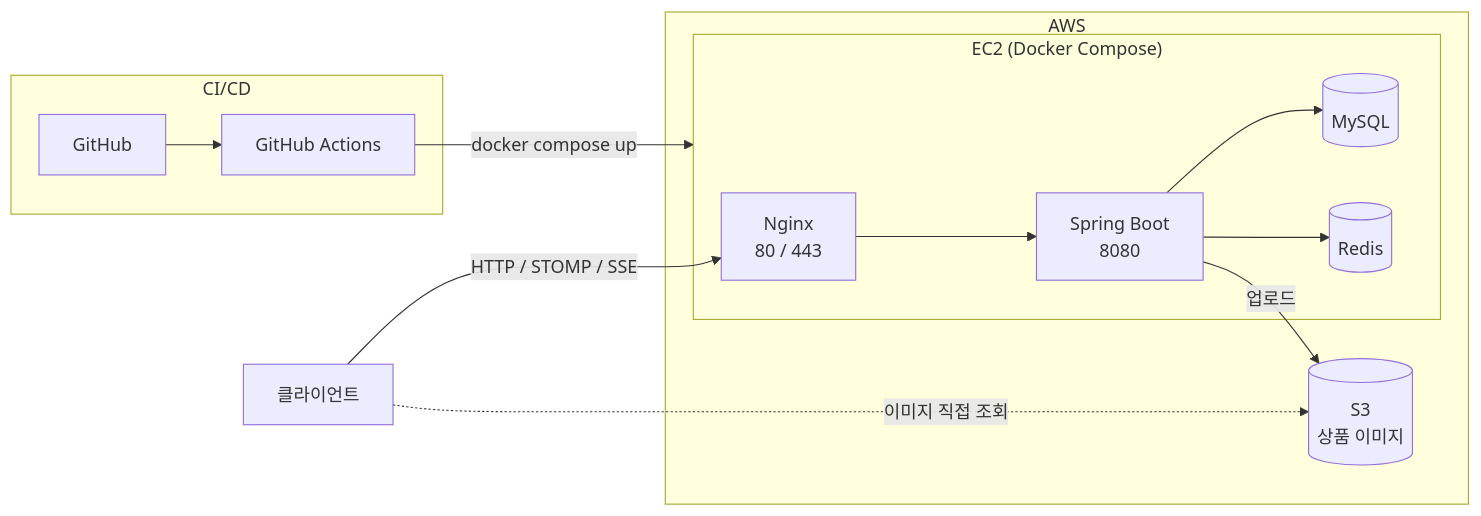
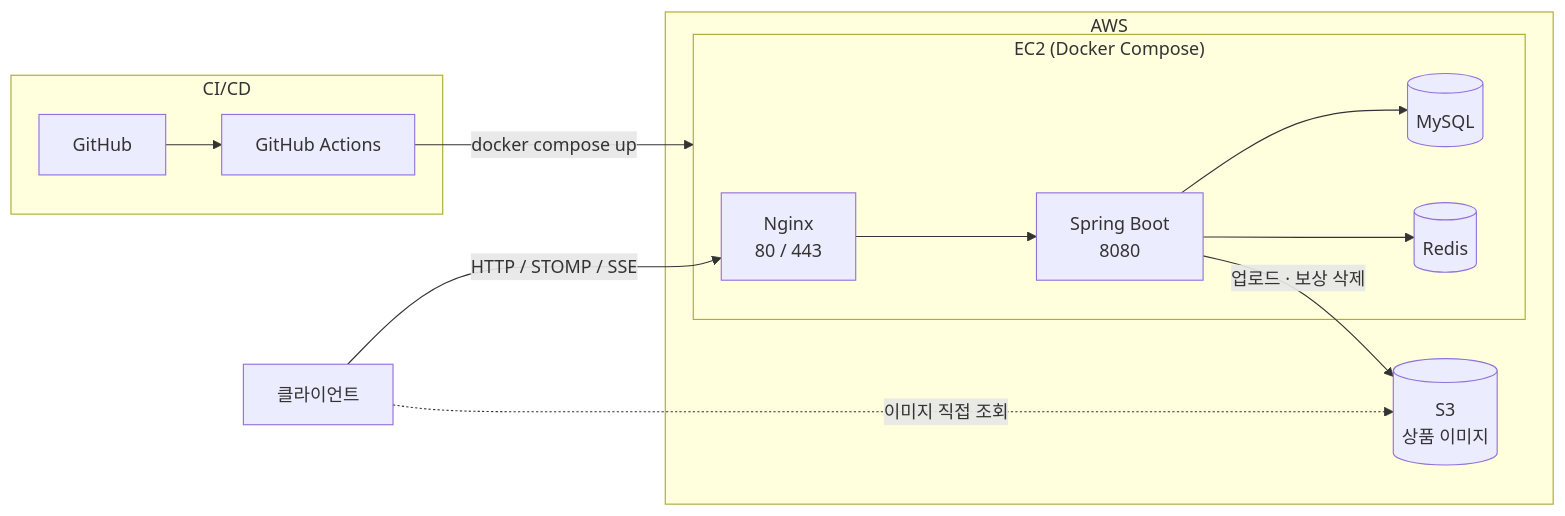
The first of 5 diagrams in README.md (f-lab-edu/TTUK), drawn with Mermaid before and after one commit. The commit also changed other lines of this file, not shown here.

````diff
--- a/README.md
+++ b/README.md
@@ -74,25 +182,25 @@
 ```mermaid
 flowchart LR
     U[클라이언트]
 
     subgraph AWS["AWS"]
         subgraph EC2["EC2 (Docker Compose)"]
             N[Nginx<br/>80 / 443]
             S[Spring Boot<br/>8080]
             M[(MySQL)]
             R[(Redis)]
         end
         S3[(S3<br/>상품 이미지)]
     end
 
     U -- "HTTP / STOMP / SSE" --> N --> S
     S --> M
     S --> R
-    S -- 업로드 --> S3
+    S -- 업로드 · 보상 삭제 --> S3
     U -. 이미지 직접 조회 .-> S3
 
     subgraph CI["CI/CD"]
         G[GitHub] --> A[GitHub Actions]
     end
     A -- "docker compose up" --> EC2
 ```
````
